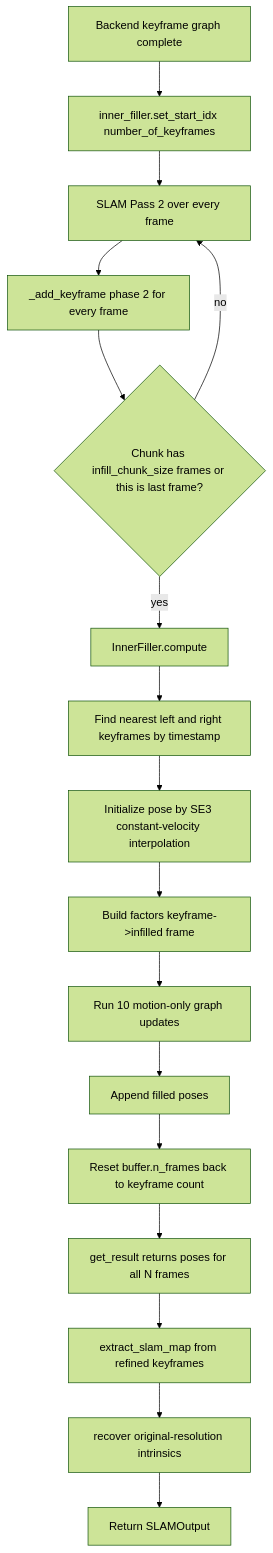
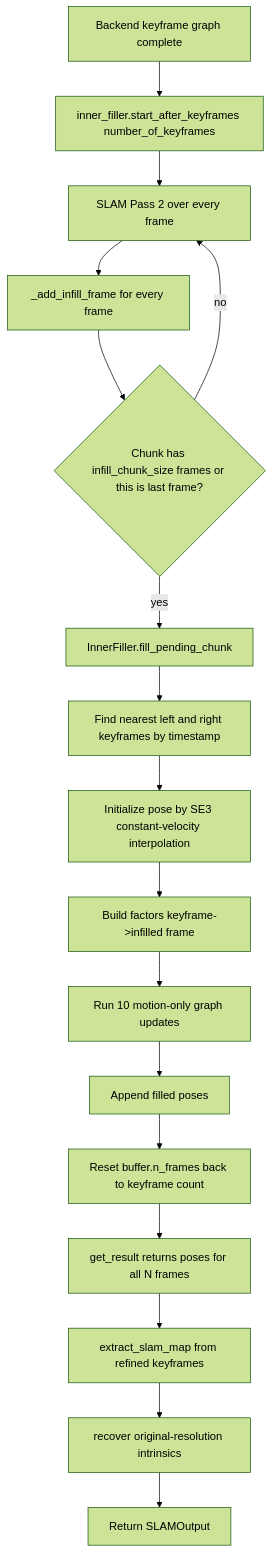
The ninth of 12 diagrams in fullexplain.md (sadanand1120/vipe), drawn with Mermaid (forest theme) before and after one commit. The commit also changed other lines of this file and 44 other files, not shown here.

````diff
--- a/fullexplain.md
+++ b/fullexplain.md
@@ -1322,19 +1277,19 @@
 ```mermaid
 flowchart TD
-    A[Backend keyframe graph complete] --> B[inner_filler.set_start_idx number_of_keyframes]
+    A[Backend keyframe graph complete] --> B[inner_filler.start_after_keyframes number_of_keyframes]
     B --> C[SLAM Pass 2 over every frame]
-    C --> D[_add_keyframe phase 2 for every frame]
+    C --> D[_add_infill_frame for every frame]
     D --> E{Chunk has infill_chunk_size frames or this is last frame?}
     E -->|no| C
-    E -->|yes| F[InnerFiller.compute]
+    E -->|yes| F[InnerFiller.fill_pending_chunk]
     F --> G[Find nearest left and right keyframes by timestamp]
     G --> H[Initialize pose by SE3 constant-velocity interpolation]
     H --> I[Build factors keyframe->infilled frame]
     I --> J[Run 10 motion-only graph updates]
     J --> K[Append filled poses]
     K --> L[Reset buffer.n_frames back to keyframe count]
     L --> M[get_result returns poses for all N frames]
     M --> N[extract_slam_map from refined keyframes]
     N --> O[recover original-resolution intrinsics]
     O --> P[Return SLAMOutput]
 ```
````
